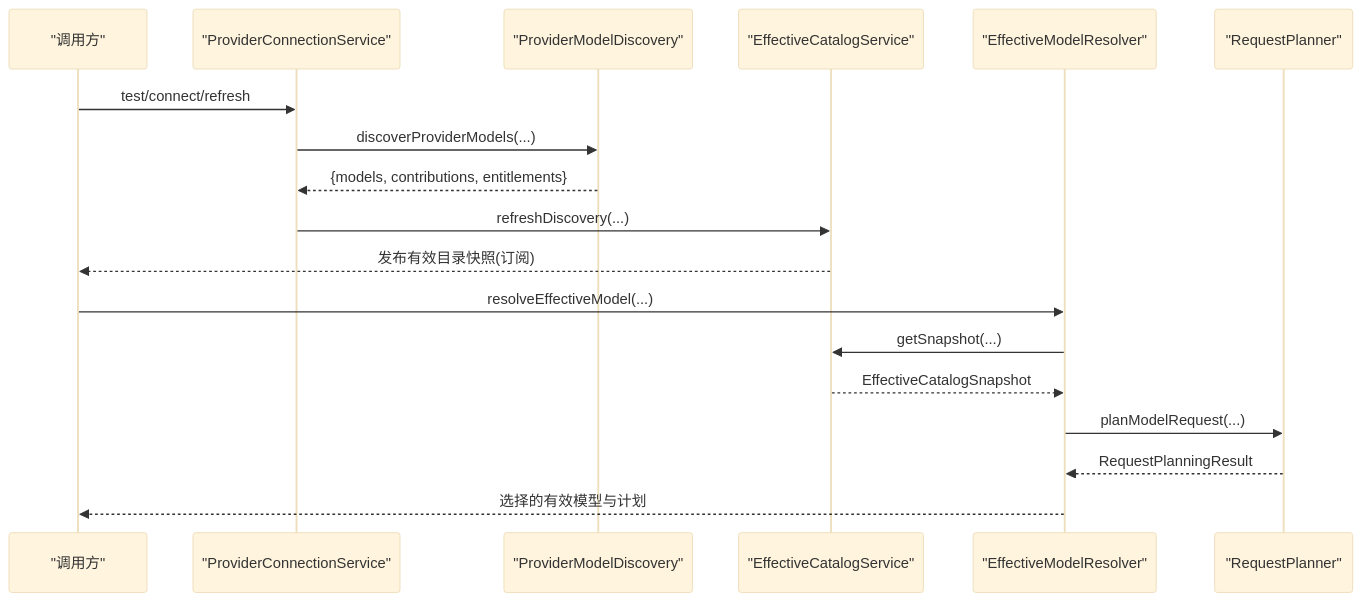
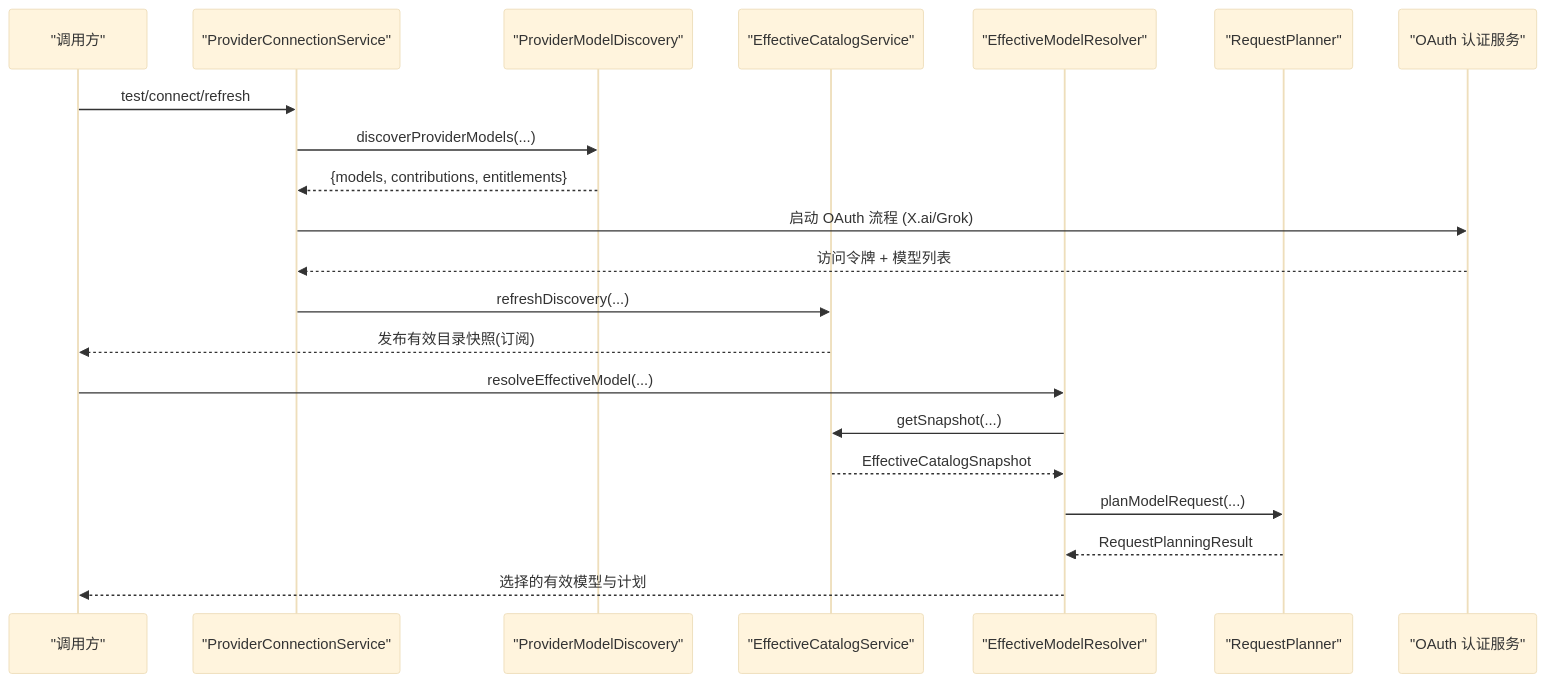
One commit to haolange/RDC-Agent changed the second of 7 diagrams in .qoder/repowiki/zh/content/核心模块/Provider 系统/Provider 系统.md. Above: the diagram before and after it, drawn with Mermaid (base theme). The commit also changed other lines of this file and 12 other files, not shown here.

````diff
--- a/.qoder/repowiki/zh/content/核心模块/Provider 系统/Provider 系统.md
+++ b/.qoder/repowiki/zh/content/核心模块/Provider 系统/Provider 系统.md
@@ -89,20 +109,23 @@
 ```mermaid
 sequenceDiagram
 participant UI as "调用方"
 participant PCS as "ProviderConnectionService"
 participant PMS as "ProviderModelDiscovery"
 participant ECS as "EffectiveCatalogService"
 participant EMR as "EffectiveModelResolver"
 participant RP as "RequestPlanner"
+participant OAUTH as "OAuth 认证服务"
 UI->>PCS : test/connect/refresh
 PCS->>PMS : discoverProviderModels(...)
 PMS-->>PCS : {models, contributions, entitlements}
+PCS->>OAUTH : 启动 OAuth 流程 (X.ai/Grok)
+OAUTH-->>PCS : 访问令牌 + 模型列表
 PCS->>ECS : refreshDiscovery(...)
 ECS-->>UI : 发布有效目录快照(订阅)
 UI->>EMR : resolveEffectiveModel(...)
 EMR->>ECS : getSnapshot(...)
 ECS-->>EMR : EffectiveCatalogSnapshot
 EMR->>RP : planModelRequest(...)
 RP-->>EMR : RequestPlanningResult
 EMR-->>UI : 选择的有效模型与计划
 ```
````
